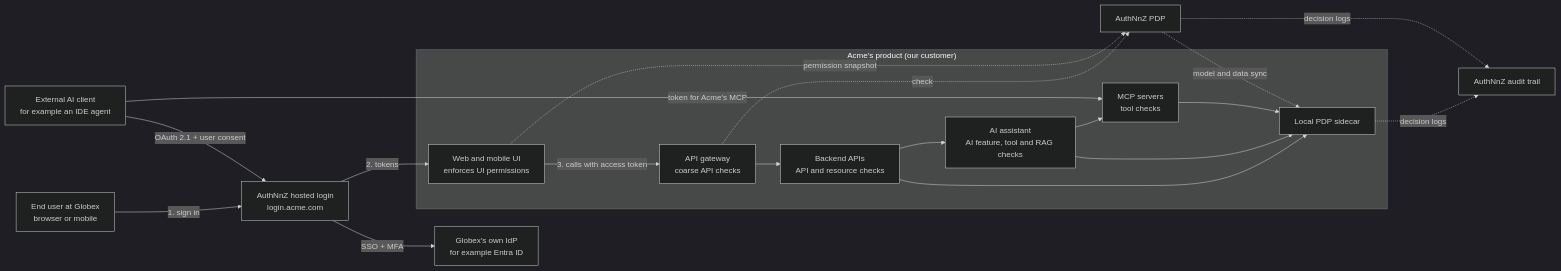
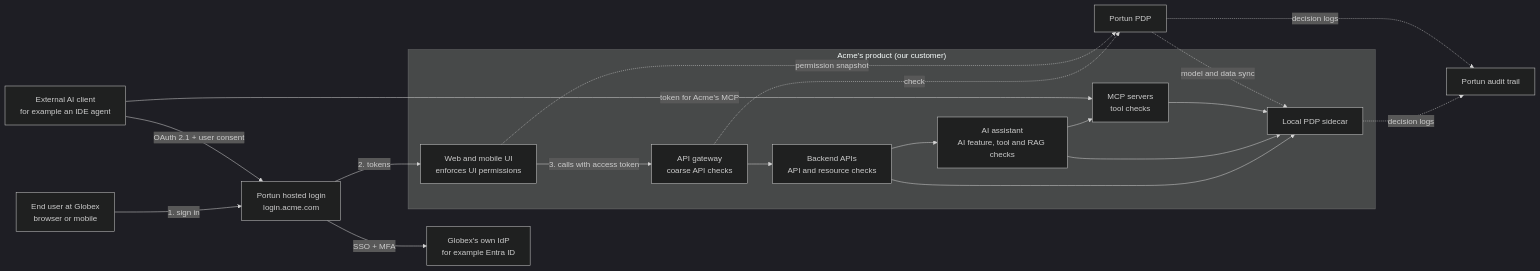
Before and after one commit to antonyrejith/AuthNnZ: the diagram in docs/plan/14-integration-and-enforcement.md, drawn with Mermaid (dark theme). The commit also changed other lines of this file and 21 other files, not shown here.

````diff
--- a/docs/plan/14-integration-and-enforcement.md
+++ b/docs/plan/14-integration-and-enforcement.md
@@ -24,26 +24,26 @@
 ```mermaid
 flowchart LR
-    U[End user at Globex<br/>browser or mobile] -->|1. sign in| IDP[AuthNnZ hosted login<br/>login.acme.com]
+    U[End user at Globex<br/>browser or mobile] -->|1. sign in| IDP[Portun hosted login<br/>login.acme.com]
     IDP -->|SSO + MFA| EIDP[Globex's own IdP<br/>for example Entra ID]
     IDP -->|2. tokens| UI
     EXT[External AI client<br/>for example an IDE agent] -->|OAuth 2.1 + user consent| IDP
     subgraph ACME["Acme's product (our customer)"]
         UI[Web and mobile UI<br/>enforces UI permissions]
         GW[API gateway<br/>coarse API checks]
         API[Backend APIs<br/>API and resource checks]
         AI[AI assistant<br/>AI feature, tool and RAG checks]
         MCP[MCP servers<br/>tool checks]
         SC[Local PDP sidecar]
     end
     UI -->|3. calls with access token| GW --> API
     API --> AI --> MCP
     EXT -->|token for Acme's MCP| MCP
     API --> SC
     AI --> SC
     MCP --> SC
-    GW -.->|check| PDP[AuthNnZ PDP]
+    GW -.->|check| PDP[Portun PDP]
     UI -.->|permission snapshot| PDP
     PDP -.->|model and data sync| SC
-    SC -.->|decision logs| AUD[AuthNnZ audit trail]
+    SC -.->|decision logs| AUD[Portun audit trail]
     PDP -.->|decision logs| AUD
 ```
````
